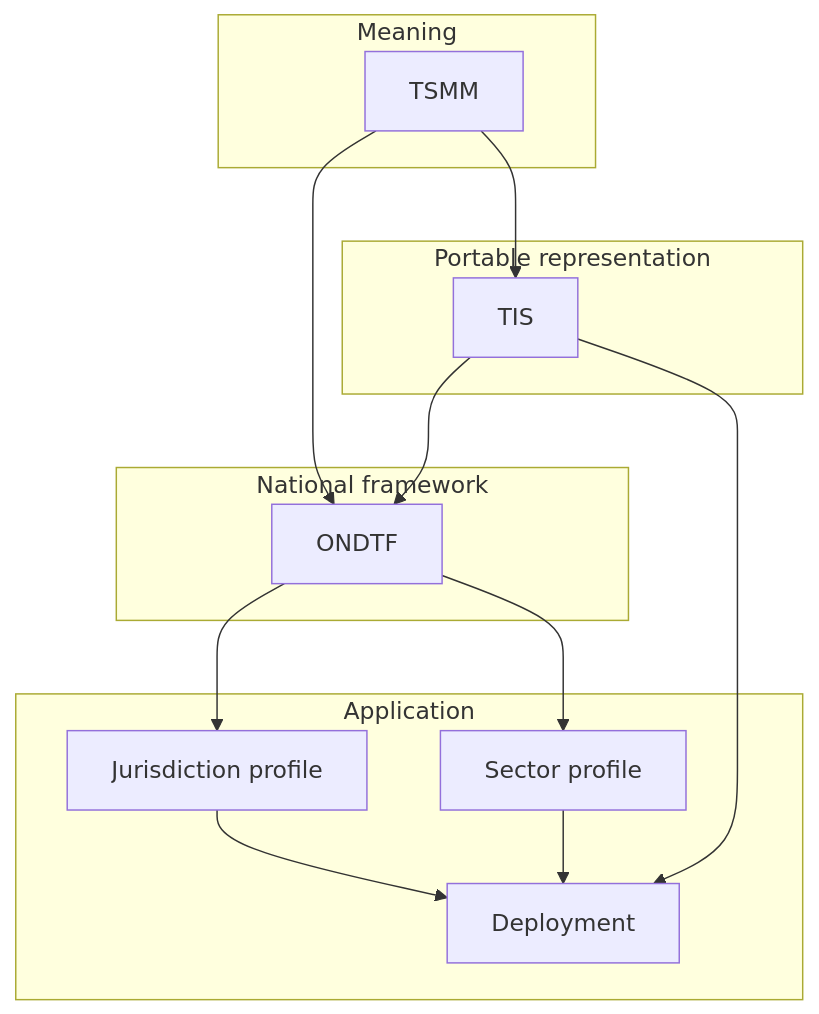
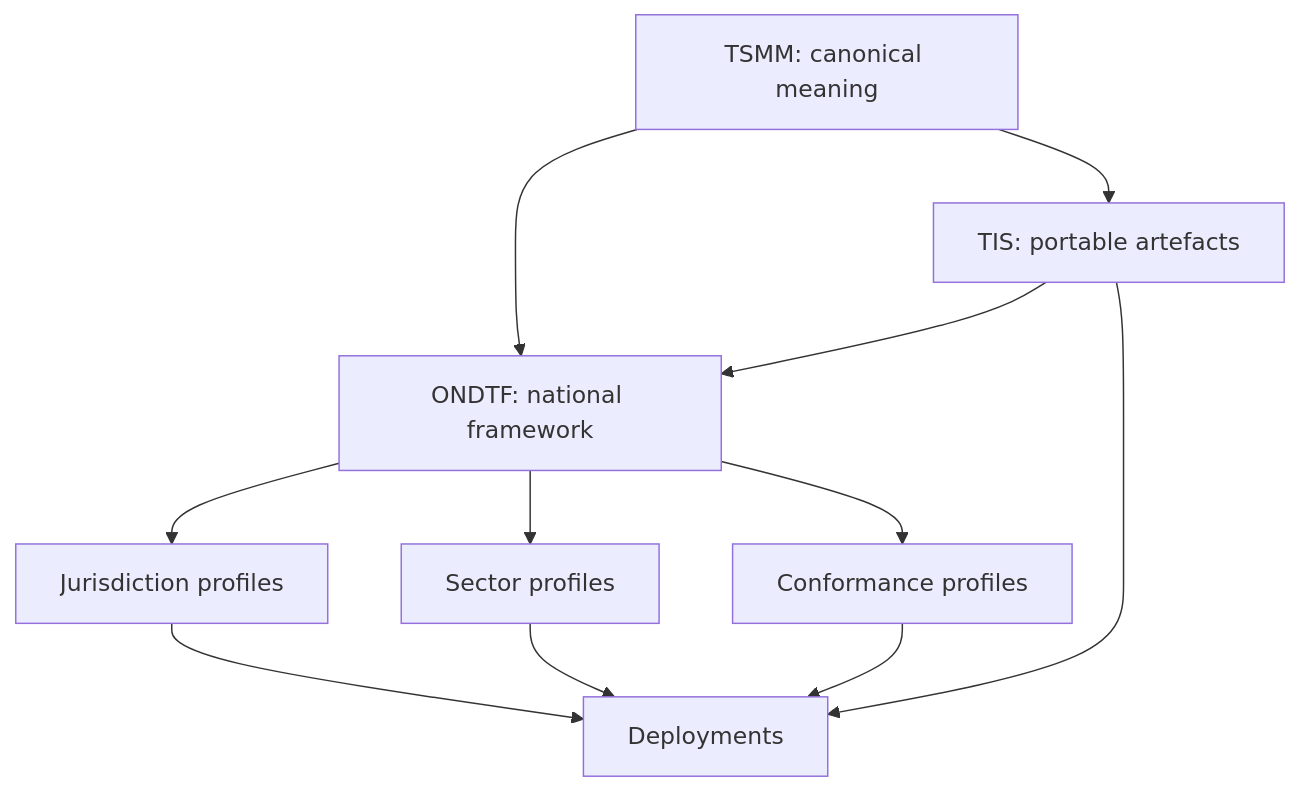
The diagram in docs/foundations/portfolio-alignment.md (sankarshanmukhopadhyay/open-national-digital-trust-framework), drawn with Mermaid before and after one commit. The commit also changed other lines of this file and 47 other files, not shown here.

First line of the commit message:
feat: establish ONDTF semantic alignment and programme controls

````diff
--- a/docs/foundations/portfolio-alignment.md
+++ b/docs/foundations/portfolio-alignment.md
@@ -17,25 +17,13 @@
 ```mermaid
 flowchart TB
-  subgraph Semantic[Meaning]
-    TSMM[TSMM]
-  end
-  subgraph Exchange[Portable representation]
-    TIS[TIS]
-  end
-  subgraph Framework[National framework]
-    ONDTF[ONDTF]
-  end
-  subgraph Adoption[Application]
-    JP[Jurisdiction profile]
-    SP[Sector profile]
-    DEP[Deployment]
-  end
-  TSMM --> TIS
-  TSMM --> ONDTF
+  TSMM["TSMM: canonical meaning"] --> TIS["TIS: portable artefacts"]
+  TSMM --> ONDTF["ONDTF: national framework"]
   TIS --> ONDTF
-  ONDTF --> JP
-  ONDTF --> SP
-  JP --> DEP
+  ONDTF --> JP["Jurisdiction profiles"]
+  ONDTF --> SP["Sector profiles"]
+  ONDTF --> CP["Conformance profiles"]
+  JP --> DEP["Deployments"]
   SP --> DEP
+  CP --> DEP
   TIS --> DEP
 ```
````
